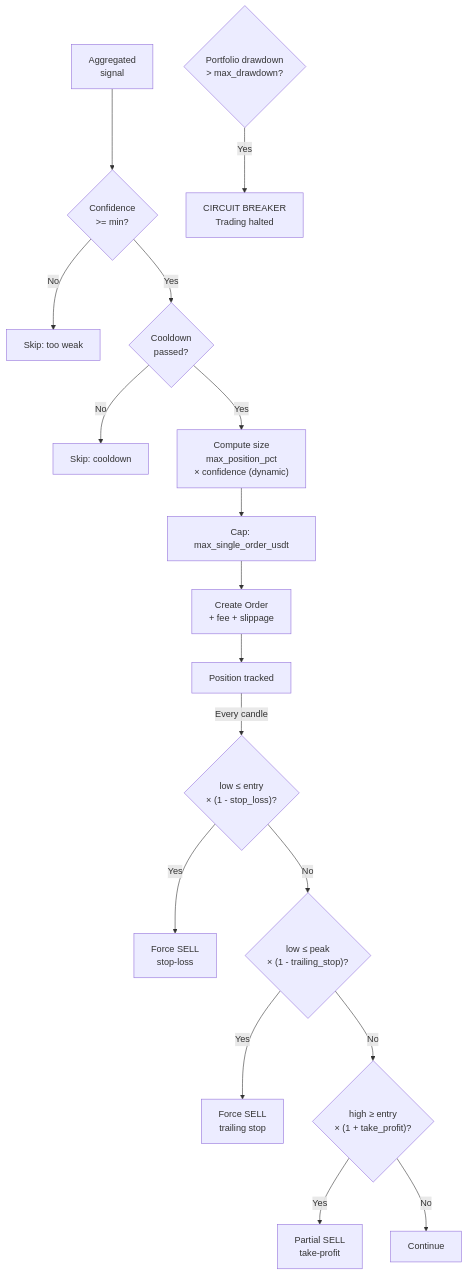
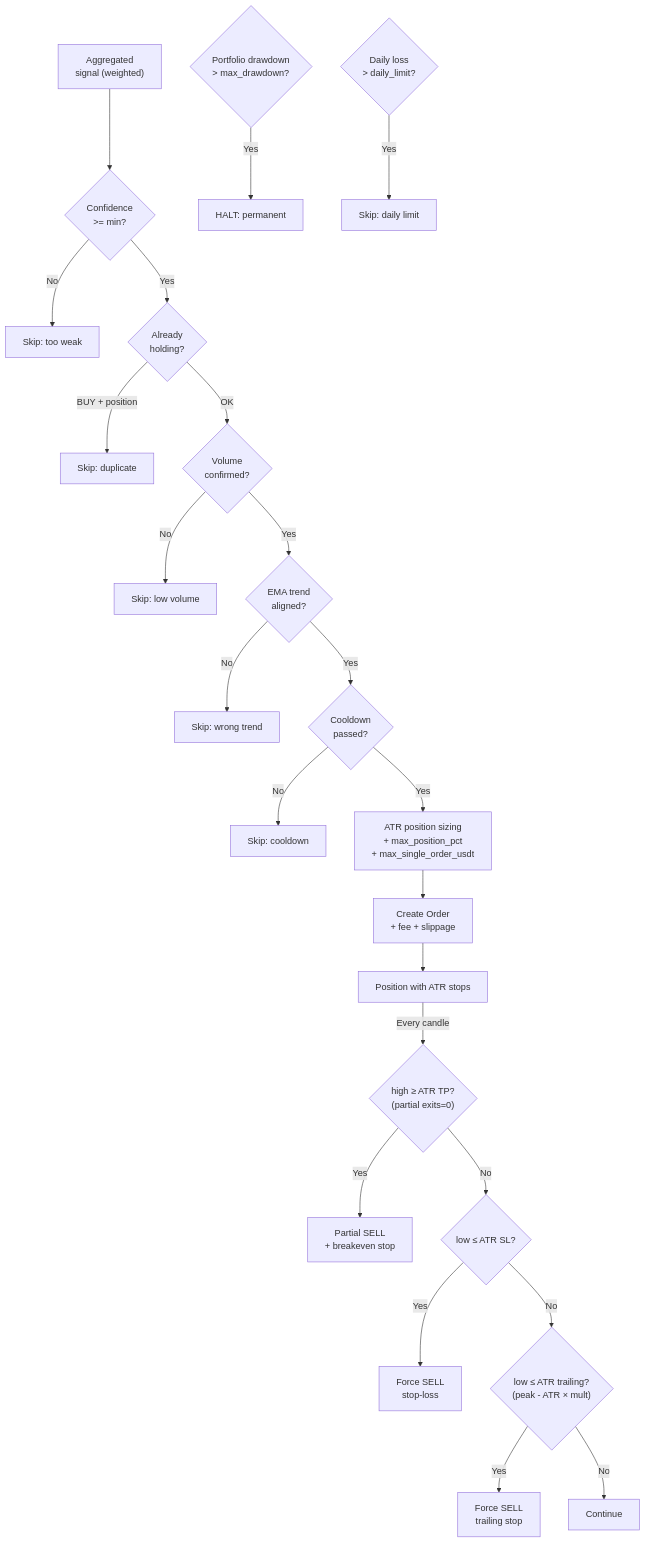
Before and after one commit to tarmosalong/tradingbot: diagram 14 of 17 in README.md, drawn with Mermaid. The commit also changed other lines of this file and 7 other files, not shown here.

````diff
--- a/README.md
+++ b/README.md
@@ -731,22 +750,29 @@
 ```mermaid
 graph TD
-    SIGNAL["Aggregated<br/>signal"] --> CONF{"Confidence<br/>>= min?"}
+    SIGNAL["Aggregated<br/>signal (weighted)"] --> CONF{"Confidence<br/>>= min?"}
     CONF -->|No| SKIP1["Skip: too weak"]
-    CONF -->|Yes| CD{"Cooldown<br/>passed?"}
-    CD -->|No| SKIP2["Skip: cooldown"]
-    CD -->|Yes| SIZE["Compute size<br/>max_position_pct<br/>× confidence (dynamic)"]
-    SIZE --> CAP["Cap: max_single_order_usdt"]
-    CAP --> EXEC["Create Order<br/>+ fee + slippage"]
-    EXEC --> POS["Position tracked"]
+    CONF -->|Yes| DUP{"Already<br/>holding?"}
+    DUP -->|BUY + position| SKIP_DUP["Skip: duplicate"]
+    DUP -->|OK| VOL{"Volume<br/>confirmed?"}
+    VOL -->|No| SKIP_VOL["Skip: low volume"]
+    VOL -->|Yes| EMA{"EMA trend<br/>aligned?"}
+    EMA -->|No| SKIP_EMA["Skip: wrong trend"]
+    EMA -->|Yes| CD{"Cooldown<br/>passed?"}
+    CD -->|No| SKIP_CD["Skip: cooldown"]
+    CD -->|Yes| SIZE["ATR position sizing<br/>+ max_position_pct<br/>+ max_single_order_usdt"]
+    SIZE --> EXEC["Create Order<br/>+ fee + slippage"]
+    EXEC --> POS["Position with ATR stops"]
 
-    POS --> |"Every candle"| SL{"low ≤ entry<br/>× (1 - stop_loss)?"}
+    POS --> |"Every candle"| PTP{"high ≥ ATR TP?<br/>(partial exits=0)"}
+    PTP -->|Yes| EXIT_PTP["Partial SELL<br/>+ breakeven stop"]
+    PTP -->|No| SL{"low ≤ ATR SL?"}
     SL -->|Yes| EXIT_SL["Force SELL<br/>stop-loss"]
-    SL -->|No| TS{"low ≤ peak<br/>× (1 - trailing_stop)?"}
+    SL -->|No| TS{"low ≤ ATR trailing?<br/>(peak - ATR × mult)"}
     TS -->|Yes| EXIT_TS["Force SELL<br/>trailing stop"]
-    TS -->|No| TP{"high ≥ entry<br/>× (1 + take_profit)?"}
-    TP -->|Yes| EXIT_TP["Partial SELL<br/>take-profit"]
-    TP -->|No| CONT["Continue"]
+    TS -->|No| CONT["Continue"]
 
     DD{"Portfolio drawdown<br/>> max_drawdown?"}
-    DD -->|Yes| HALT["CIRCUIT BREAKER<br/>Trading halted"]
+    DD -->|Yes| HALT["HALT: permanent"]
+    DL{"Daily loss<br/>> daily_limit?"}
+    DL -->|Yes| SKIP_DAY["Skip: daily limit"]
 ```
````
